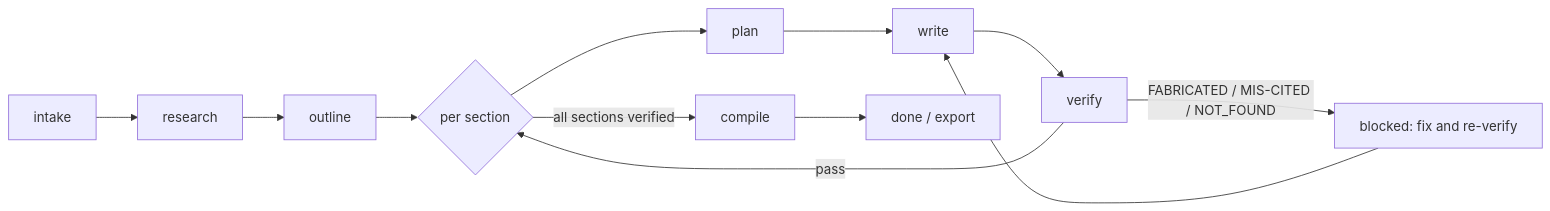
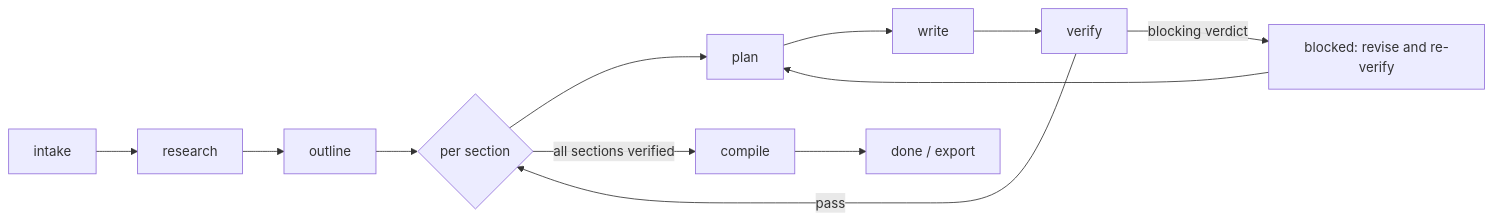
Before and after one commit to ZeusCraft10/pensmith: the diagram in README.md, drawn with Mermaid. The commit also changed other lines of this file and 7 other files, not shown here.

````diff
--- a/README.md
+++ b/README.md
@@ -45,14 +42,14 @@
 ```mermaid
 flowchart LR
     A[intake] --> B[research]
     B --> C[outline]
     C --> D{per section}
     D --> P[plan]
     P --> W[write]
     W --> V[verify]
     V -->|pass| D
-    V -->|"FABRICATED / MIS-CITED / NOT_FOUND"| X[blocked: fix and re-verify]
-    X --> W
+    V -->|"blocking verdict"| X[blocked: revise and re-verify]
+    X --> P
     D -->|all sections verified| E[compile]
     E --> F[done / export]
 ```
````
